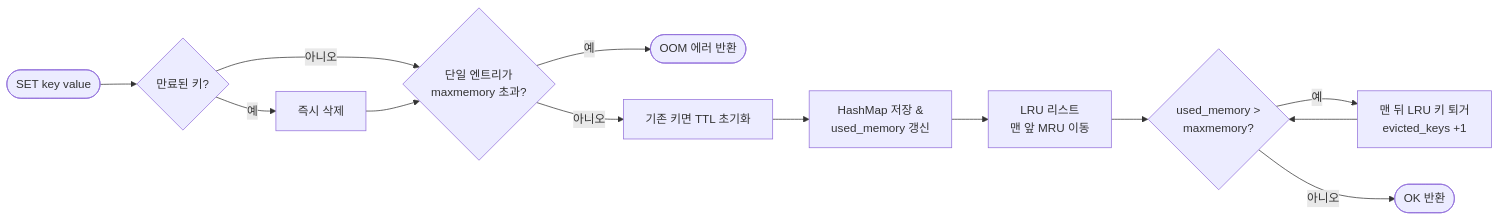
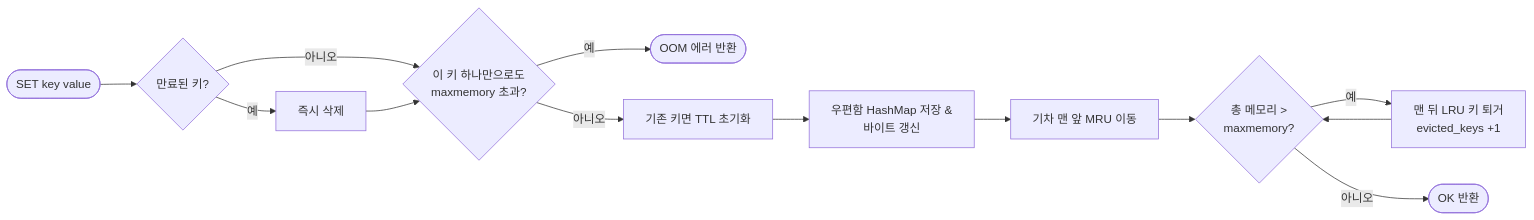
The diagram in README.md (nick19850906-debug/5-1-Mini-Redis), drawn with Mermaid before and after one commit. The commit also changed other lines of this file and 8 other files, not shown here.

````diff
--- a/README.md
+++ b/README.md
@@ -56,15 +93,15 @@
 ```mermaid
 flowchart LR
     A([SET key value]) --> B{만료된 키?}
     B -- 예 --> B1[즉시 삭제]
     B -- 아니오 --> C
-    B1 --> C{단일 엔트리가<br/>maxmemory 초과?}
+    B1 --> C{이 키 하나만으로도<br/>maxmemory 초과?}
     C -- 예 --> E1([OOM 에러 반환])
     C -- 아니오 --> D[기존 키면 TTL 초기화]
-    D --> F[HashMap 저장 &<br/>used_memory 갱신]
-    F --> G[LRU 리스트<br/>맨 앞 MRU 이동]
-    G --> H{used_memory ><br/>maxmemory?}
+    D --> F[우편함 HashMap 저장 &<br/>바이트 갱신]
+    F --> G[기차 맨 앞 MRU 이동]
+    G --> H{총 메모리 ><br/>maxmemory?}
     H -- 예 --> I[맨 뒤 LRU 키 퇴거<br/>evicted_keys +1]
     I --> H
     H -- 아니오 --> J([OK 반환])
 ```
````
